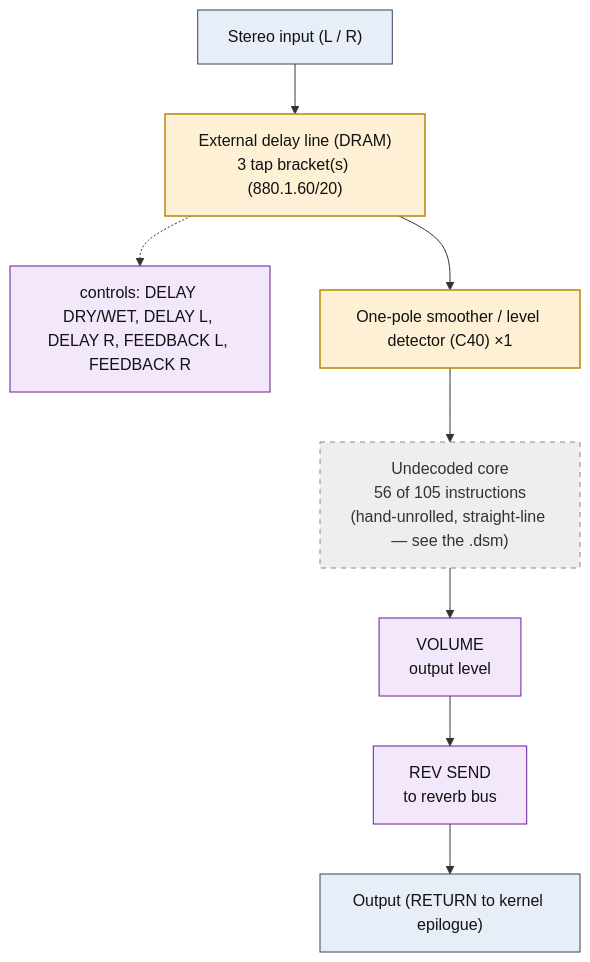
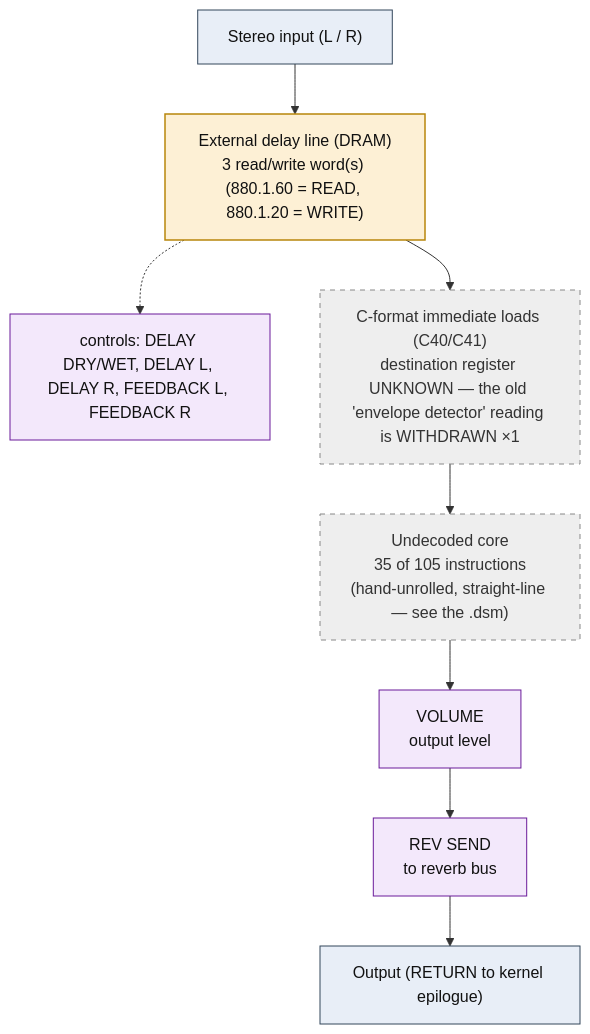
The diagram in flowcharts/prog70_auto_wah_s_delay.md (ArqueologiaDigital/KN5000-docs), drawn with Mermaid before and after one commit. The commit also changed other lines of this file and 38 other files, not shown here.

First line of the commit message:
flowcharts: withdraw the envelope-detector reading, decode the DRAM accesses

````diff
--- a/flowcharts/prog70_auto_wah_s_delay.md
+++ b/flowcharts/prog70_auto_wah_s_delay.md
@@ -19,29 +19,29 @@
 ```mermaid
 flowchart TD
     N0["Stereo input (L / R)"]
-    N1["External delay line (DRAM)<br/>3 tap bracket(s) (880.1.60/20)"]
+    N1["External delay line (DRAM)<br/>3 read/write word(s) (880.1.60 = READ, 880.1.20 = WRITE)"]
     N0 --> N1
     N2["controls: DELAY DRY/WET, DELAY L, DELAY R, FEEDBACK L, FEEDBACK R"]
     N1 -.-> N2
-    N3["One-pole smoother / level detector (C40) &times;1"]
+    N3["C-format immediate loads (C40/C41)<br/>destination register UNKNOWN &mdash; the old 'envelope detector' reading is WITHDRAWN &times;1"]
     N1 --> N3
-    N4["Undecoded core<br/>56 of 105 instructions<br/>(hand-unrolled, straight-line &mdash; see the .dsm)"]
+    N4["Undecoded core<br/>35 of 105 instructions<br/>(hand-unrolled, straight-line &mdash; see the .dsm)"]
     N3 --> N4
     N5["VOLUME<br/>output level"]
     N4 --> N5
     N6["REV SEND<br/>to reverb bus"]
     N5 --> N6
     N7["Output (RETURN to kernel epilogue)"]
     N6 --> N7
 
     classDef io fill:#e8eef7,stroke:#33475b,stroke-width:1px,color:#111;
     classDef proven fill:#d7f0d7,stroke:#2e7d32,stroke-width:2px,color:#111;
     classDef measured fill:#dbe9fb,stroke:#1565c0,stroke-width:1.5px,color:#111;
     classDef inferred fill:#fdf0d5,stroke:#b8860b,stroke-width:1.5px,color:#111;
     classDef open fill:#eeeeee,stroke:#888,stroke-width:1px,color:#333,stroke-dasharray:5 5;
     classDef ctrl fill:#f3e8fb,stroke:#6a1b9a,stroke-width:1px,color:#111;
     class N0,N7 io;
-    class N1,N3 inferred;
+    class N1 inferred;
     class N2,N5,N6 ctrl;
-    class N4 open;
+    class N3,N4 open;
 ```
````
